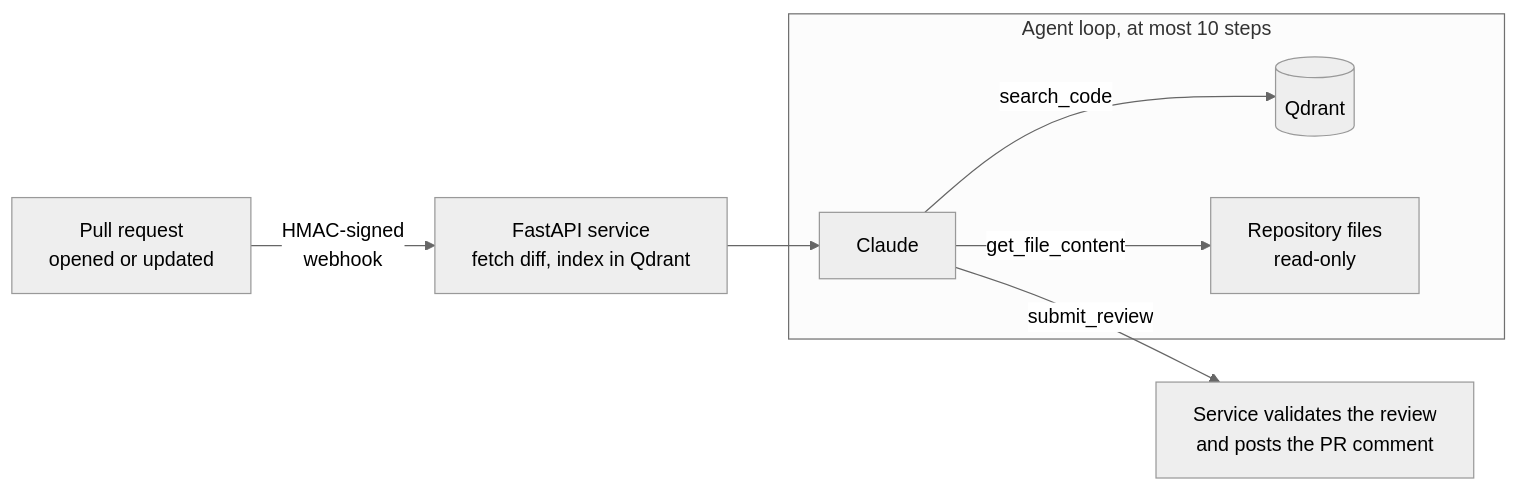
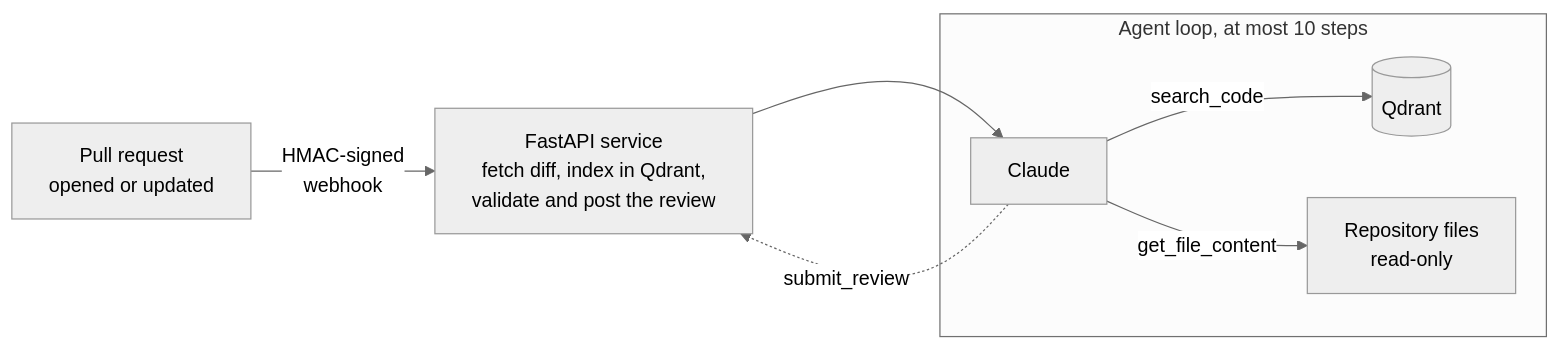
Before and after one commit to Miao0404/pr-review-assistant: the diagram in README.md, drawn with Mermaid (neutral theme).

Commit message:
Simplify architecture diagram

````diff
--- a/README.md
+++ b/README.md
@@ -9,10 +9,10 @@
 ```mermaid
 flowchart LR
-    PR["Pull request<br/>opened or updated"] -->|"HMAC-signed<br/>webhook"| SVC["FastAPI service<br/>fetch diff, index in Qdrant"]
+    PR["Pull request<br/>opened or updated"] -->|"HMAC-signed<br/>webhook"| SVC["FastAPI service<br/>fetch diff, index in Qdrant,<br/>validate and post the review"]
     SVC --> LLM
     subgraph LOOP["Agent loop, at most 10 steps"]
         LLM["Claude"] -->|"search_code"| VEC[("Qdrant")]
         LLM -->|"get_file_content"| REPO["Repository files<br/>read-only"]
     end
-    LLM -->|"submit_review"| POST["Service validates the review<br/>and posts the PR comment"]
+    LLM -.->|"submit_review"| SVC
 ```
````
